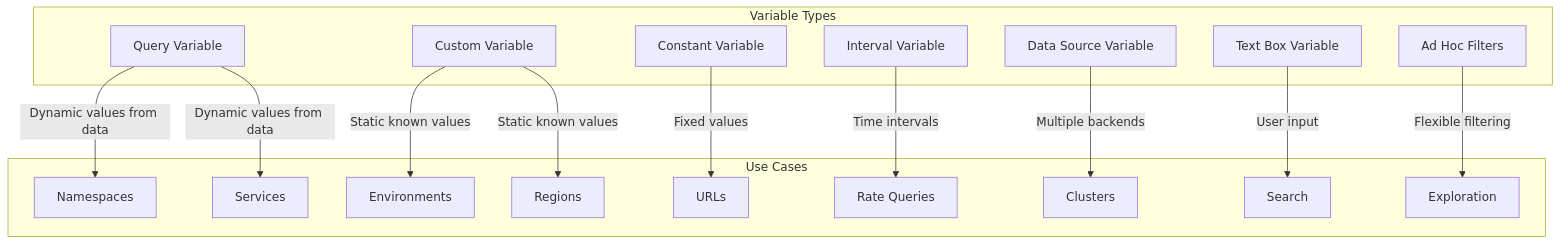
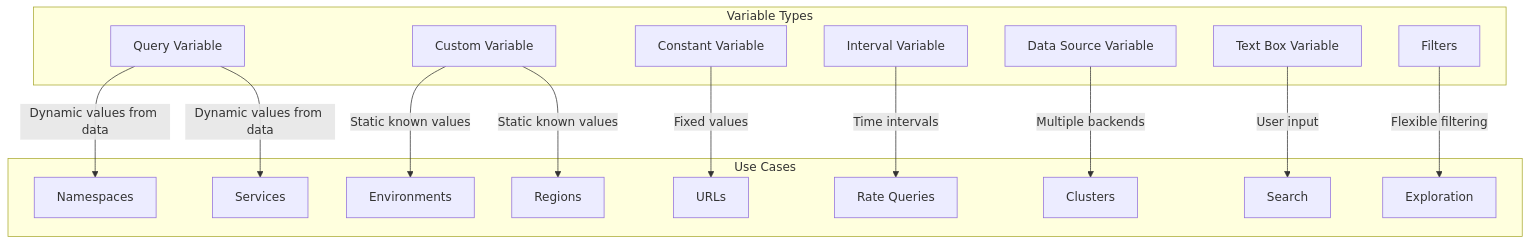
The diagram in posts/2026-01-21-grafana-variables-dynamic-dashboards/README.md (OneUptime/blog), drawn with Mermaid before and after one commit. The commit also changed other lines of this file and 4262 other files, not shown here.

````diff
--- a/posts/2026-01-21-grafana-variables-dynamic-dashboards/README.md
+++ b/posts/2026-01-21-grafana-variables-dynamic-dashboards/README.md
@@ -107,24 +110,24 @@
 ```mermaid
 flowchart TD
     subgraph Variable Types
         Q[Query Variable]
         C[Custom Variable]
         K[Constant Variable]
         I[Interval Variable]
         DS[Data Source Variable]
         T[Text Box Variable]
-        A[Ad Hoc Filters]
+        A[Filters]
     end
 
     subgraph Use Cases
         Q -->|Dynamic values from data| Namespaces
         Q -->|Dynamic values from data| Services
         C -->|Static known values| Environments
         C -->|Static known values| Regions
         K -->|Fixed values| URLs
         I -->|Time intervals| RateQueries[Rate Queries]
         DS -->|Multiple backends| Clusters
         T -->|User input| Search
         A -->|Flexible filtering| Exploration
     end
 ```
````
